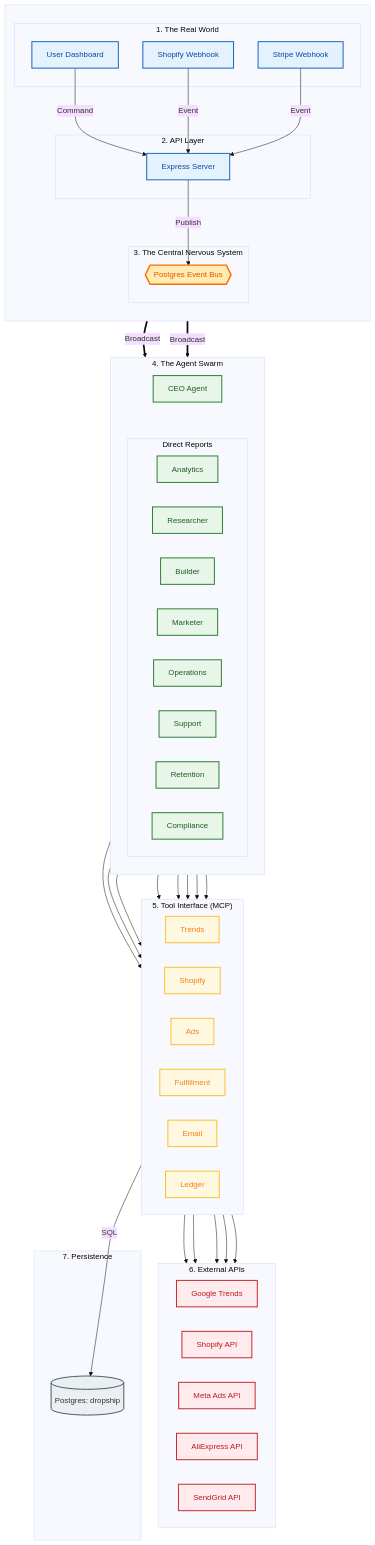
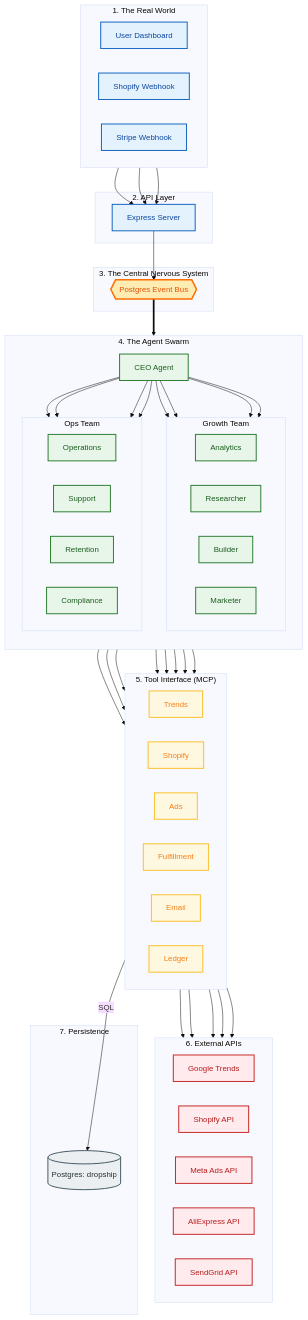
Before and after one commit to andylelli/ds1: the second of 2 diagrams in Documentation/Reference/ENVIRONMENT_SIMULATION_V_LIVE.md, drawn with Mermaid (base theme). The commit also changed other lines of this file and 1 other file, not shown here.

```diff
--- a/Documentation/Reference/ENVIRONMENT_SIMULATION_V_LIVE.md
+++ b/Documentation/Reference/ENVIRONMENT_SIMULATION_V_LIVE.md
@@ -132,36 +134,39 @@
   classDef external fill:#ffebee,stroke:#c62828,stroke-width:2px,color:#b71c1c;
   classDef db fill:#eceff1,stroke:#455a64,stroke-width:2px,color:#263238;
 
-  %% --- TOP SECTION: CENTRAL CONTROL ---
-  subgraph Head [" "]
-    direction TB
-    
-    subgraph Triggers ["1. The Real World"]
-      User[User Dashboard]:::trigger
-      ShopHook[Shopify Webhook]:::trigger
-      StripeHook[Stripe Webhook]:::trigger
-    end
-
-    subgraph Ingress ["2. API Layer"]
-      Express[Express Server]:::trigger
-    end
-
-    subgraph Central ["3. The Central Nervous System"]
-      Bus{{Postgres Event Bus}}:::hub
-    end
+  %% --- 1. INPUTS ---
+  subgraph Triggers ["1. The Real World"]
+    direction LR
+    User[User Dashboard]:::trigger
+    ShopHook[Shopify Webhook]:::trigger
+    StripeHook[Stripe Webhook]:::trigger
   end
 
-  %% --- MIDDLE SECTION: THE WORKFORCE ---
+  %% --- 2. API ---
+  subgraph Ingress ["2. API Layer"]
+    Express[Express Server]:::trigger
+  end
+
+  %% --- 3. BUS ---
+  subgraph Central ["3. The Central Nervous System"]
+    Bus{{Postgres Event Bus}}:::hub
+  end
+
+  %% --- 4. SWARM ---
   subgraph Swarm ["4. The Agent Swarm"]
     direction TB
     CEO[CEO Agent]:::agent
     
-    subgraph Team ["Direct Reports"]
+    subgraph Row1 ["Growth Team"]
       direction LR
       Analytics[Analytics]:::agent
       Researcher[Researcher]:::agent
       Builder[Builder]:::agent
       Marketer[Marketer]:::agent
+    end
+    
+    subgraph Row2 ["Ops Team"]
+      direction LR
       Ops[Operations]:::agent
       CS[Support]:::agent
       Retention[Retention]:::agent
@@ -169,7 +174,7 @@
     end
   end
 
-  %% --- BOTTOM SECTION: TOOLS & DATA ---
+  %% --- 5. TOOLS ---
   subgraph MCP ["5. Tool Interface (MCP)"]
     direction LR
     TrendsTool[Trends]:::mcp
@@ -180,6 +185,7 @@
     LedgerTool[Ledger]:::mcp
   end
 
+  %% --- 6. EXTERNAL ---
   subgraph External ["6. External APIs"]
     direction LR
     Google[Google Trends]:::external
@@ -189,32 +195,30 @@
     SendGrid[SendGrid API]:::external
   end
 
+  %% --- 7. DATA ---
   subgraph Data ["7. Persistence"]
     DB[(Postgres: dropship)]:::db
   end
 
   %% Wiring
-  User -->|Command| Express
-  ShopHook -->|Event| Express
-  StripeHook -->|Event| Express
-  Express -->|Publish| Bus
-  Bus ==>|Broadcast| CEO
-  Bus ==>|Broadcast| Team
+  User & ShopHook & StripeHook --> Express
+  Express --> Bus
+  Bus ==> CEO
+  
+  %% CEO Fan Out
+  CEO --> Analytics & Researcher & Builder & Marketer
+  CEO --> Ops & CS & Retention & Compliance
 
-  %% Org Chart Visuals
-  CEO ~~~ Team
-
-  %% Agent -> Tool Connections
+  %% Tool Connections
   Researcher --> TrendsTool
   Builder --> ShopTool
   Marketer --> AdsTool
   Ops --> FulfillTool
-  CS --> EmailTool
-  Retention --> EmailTool
+  CS & Retention --> EmailTool
   Analytics --> LedgerTool
   Compliance --> AdsTool
 
-  %% Tool -> External Connections
+  %% External Connections
   TrendsTool --> Google
   ShopTool --> Shopify
   AdsTool --> Meta
```
